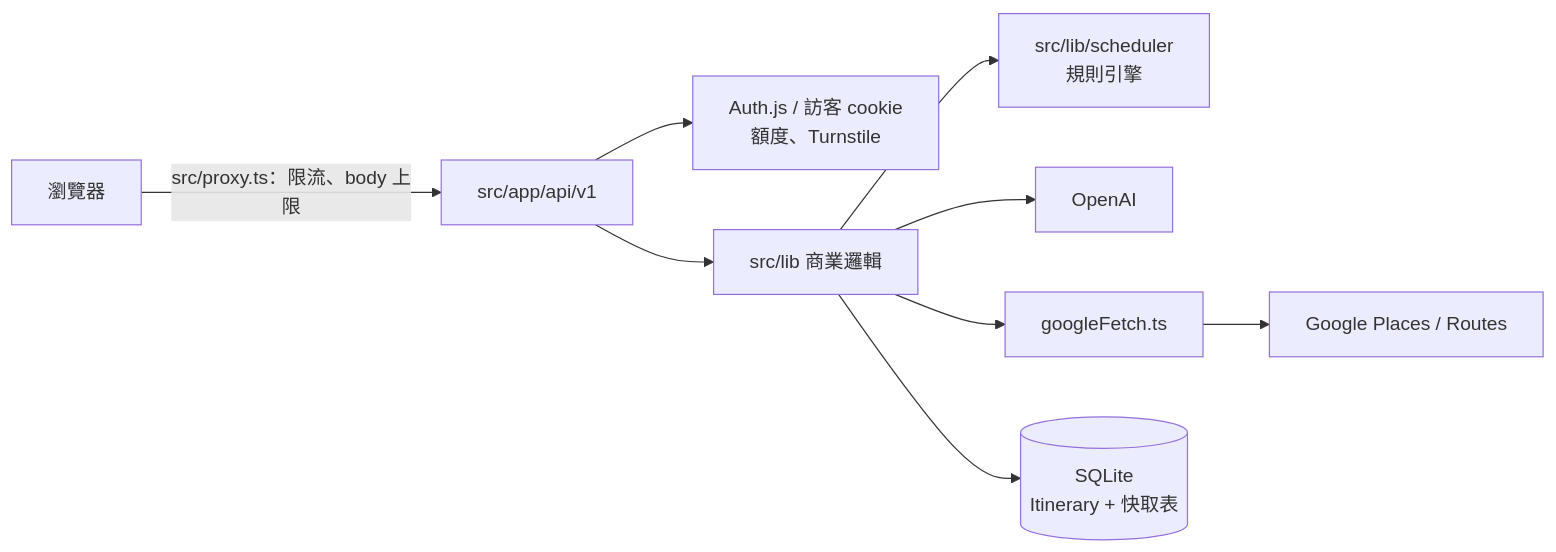
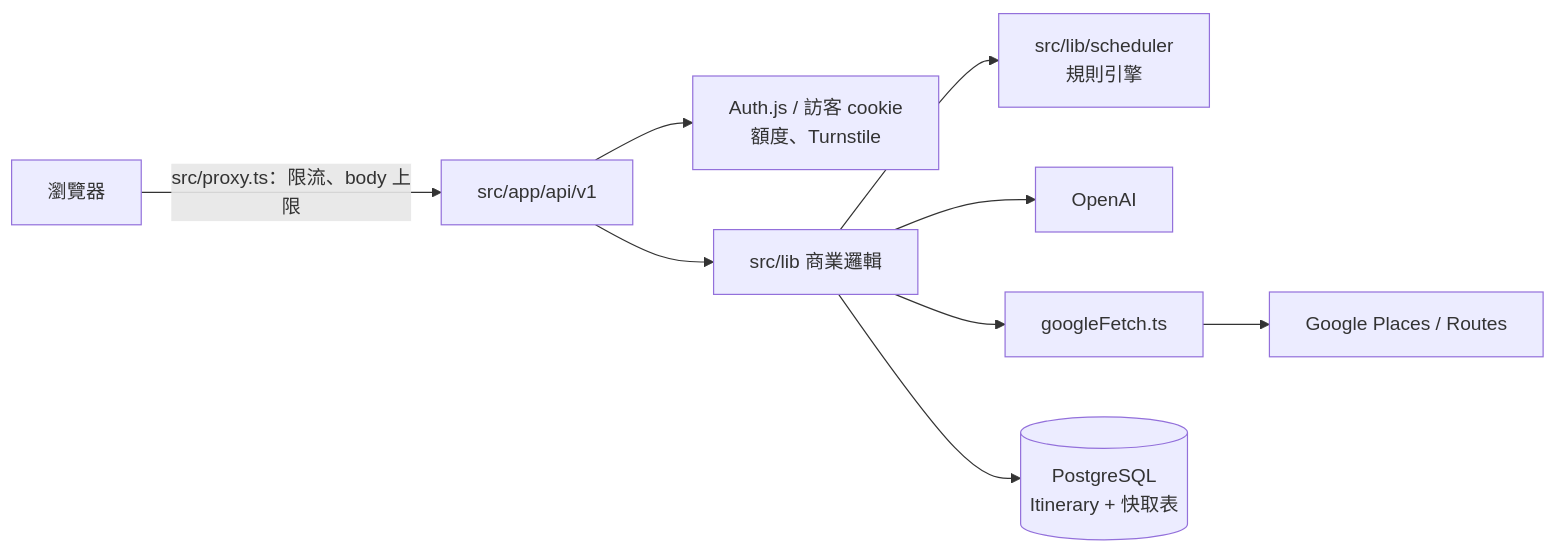
Before and after one commit to wanyiyeh/ai-travel-agent: the first of 2 diagrams in docs/architecture.md, drawn with Mermaid. The commit also changed other lines of this file and 7 other files, not shown here.

````diff
--- a/docs/architecture.md
+++ b/docs/architecture.md
@@ -7,10 +7,10 @@
 ```mermaid
 flowchart LR
   U[瀏覽器] -->|"src/proxy.ts：限流、body 上限"| API[src/app/api/v1]
   API --> AUTH[Auth.js / 訪客 cookie<br/>額度、Turnstile]
   API --> LIB[src/lib 商業邏輯]
   LIB --> SCH[src/lib/scheduler<br/>規則引擎]
   LIB --> OAI[OpenAI]
   LIB --> GF[googleFetch.ts] --> G[Google Places / Routes]
-  LIB --> DB[(SQLite<br/>Itinerary + 快取表)]
+  LIB --> DB[(PostgreSQL<br/>Itinerary + 快取表)]
 ```
````
